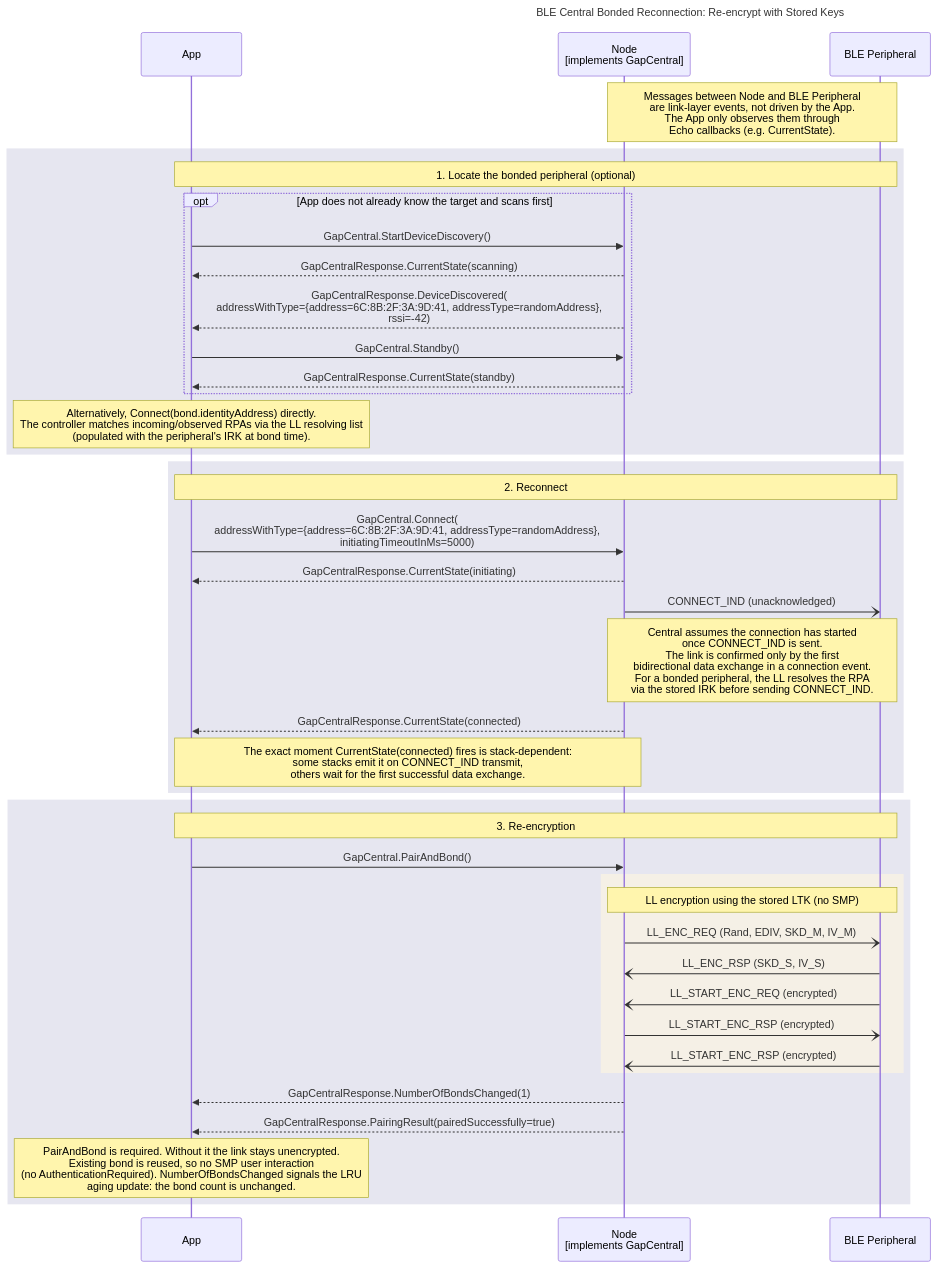
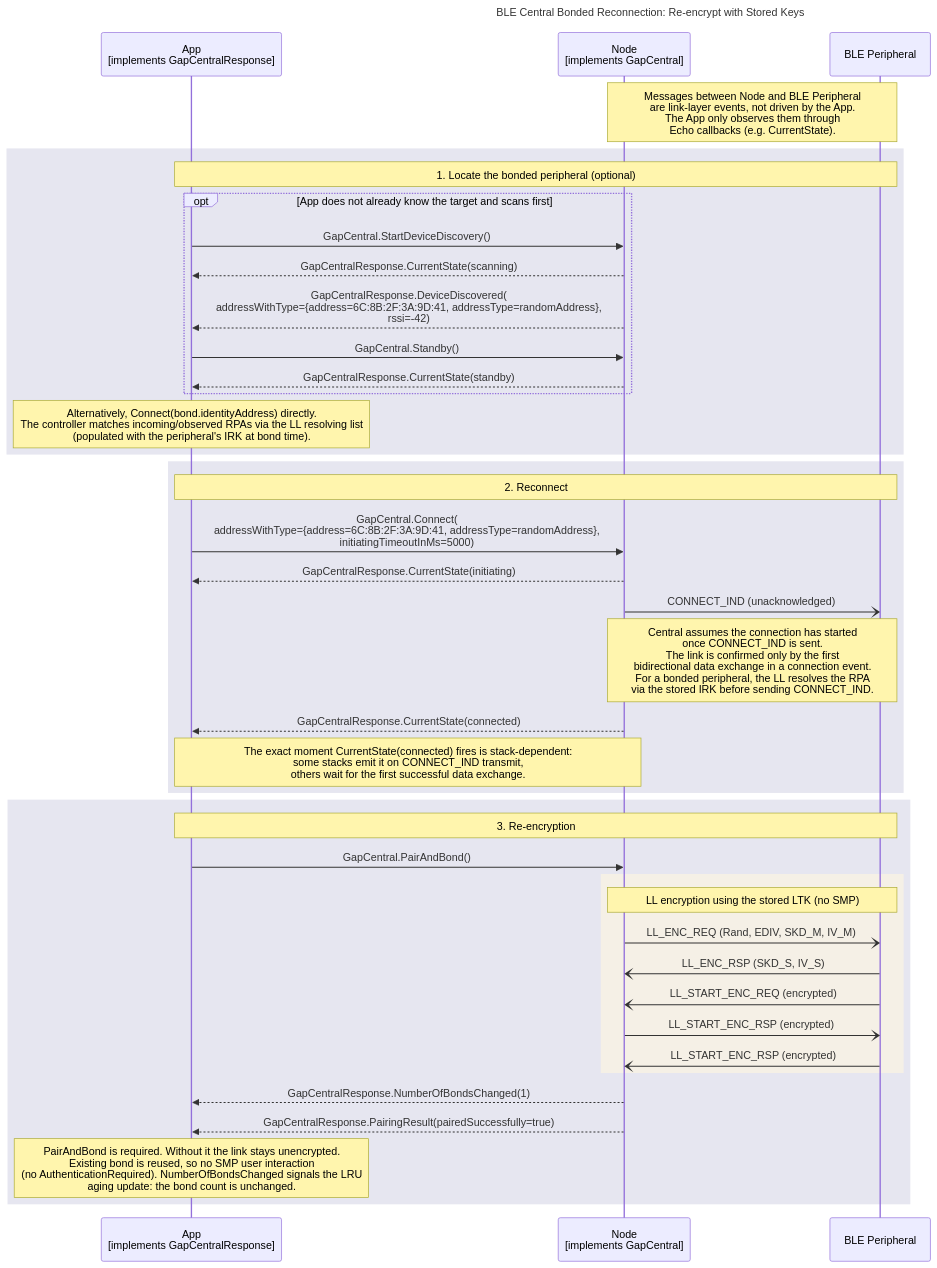
One commit to philips-software/amp-embedded-infra-lib changed the diagram in documents/modules/ROOT/partials/echoservices/composite_flows/CentralRole_BondedReconnection_sequence.mmd. Above: the diagram before and after it, drawn with Mermaid. The commit also changed 35 other files, not shown here.

```diff
--- a/documents/modules/ROOT/partials/echoservices/composite_flows/CentralRole_BondedReconnection_sequence.mmd
+++ b/documents/modules/ROOT/partials/echoservices/composite_flows/CentralRole_BondedReconnection_sequence.mmd
@@ -1,49 +1,49 @@
 sequenceDiagram
     title BLE Central Bonded Reconnection: Re-encrypt with Stored Keys
 
-    participant App as App
+    participant App as App<br>[implements GapCentralResponse]
     participant Node as Node<br>[implements GapCentral]
     participant Peripheral as BLE Peripheral
 
 
     Note over Node, Peripheral: Messages between Node and BLE Peripheral<br>are link-layer events, not driven by the App.<br>The App only observes them through<br>Echo callbacks (e.g. CurrentState).
 
     rect rgb(230, 230, 240)
         note over App, Peripheral: 1. Locate the bonded peripheral (optional)
         opt App does not already know the target and scans first
             App->>Node: GapCentral.StartDeviceDiscovery()
             Node-->>App: GapCentralResponse.CurrentState(scanning)
             Node-->>App: GapCentralResponse.DeviceDiscovered(<br>addressWithType={address=6C:8B:2F:3A:9D:41, addressType=randomAddress},<br>rssi=-42)
             App->>Node: GapCentral.Standby()
             Node-->>App: GapCentralResponse.CurrentState(standby)
         end
 
         Note over App: Alternatively, Connect(bond.identityAddress) directly.<br>The controller matches incoming/observed RPAs via the LL resolving list<br>(populated with the peripheral's IRK at bond time).
     end
 
     rect rgb(230, 230, 240)
         note over App, Peripheral: 2. Reconnect
         App->>Node: GapCentral.Connect(<br>addressWithType={address=6C:8B:2F:3A:9D:41, addressType=randomAddress},<br>initiatingTimeoutInMs=5000)
         Node-->>App: GapCentralResponse.CurrentState(initiating)
         Node-)Peripheral: CONNECT_IND (unacknowledged)
         Note over Node, Peripheral: Central assumes the connection has started<br>once CONNECT_IND is sent.<br>The link is confirmed only by the first<br>bidirectional data exchange in a connection event.<br>For a bonded peripheral, the LL resolves the RPA<br>via the stored IRK before sending CONNECT_IND.
         Node-->>App: GapCentralResponse.CurrentState(connected)
         Note over App, Node: The exact moment CurrentState(connected) fires is stack-dependent:<br>some stacks emit it on CONNECT_IND transmit,<br>others wait for the first successful data exchange.
     end
 
     rect rgb(230, 230, 240)
         note over App, Peripheral: 3. Re-encryption
         App->>Node: GapCentral.PairAndBond()
         rect rgb(245, 240, 230)
             Note over Node, Peripheral: LL encryption using the stored LTK (no SMP)
             Node-)Peripheral: LL_ENC_REQ (Rand, EDIV, SKD_M, IV_M)
             Peripheral-)Node: LL_ENC_RSP (SKD_S, IV_S)
             Peripheral-)Node: LL_START_ENC_REQ (encrypted)
             Node-)Peripheral: LL_START_ENC_RSP (encrypted)
             Peripheral-)Node: LL_START_ENC_RSP (encrypted)
         end
         Node-->>App: GapCentralResponse.NumberOfBondsChanged(1)
         Node-->>App: GapCentralResponse.PairingResult(pairedSuccessfully=true)
 
         Note over App: PairAndBond is required. Without it the link stays unencrypted.<br>Existing bond is reused, so no SMP user interaction<br>(no AuthenticationRequired). NumberOfBondsChanged signals the LRU<br>aging update: the bond count is unchanged.
     end
```
